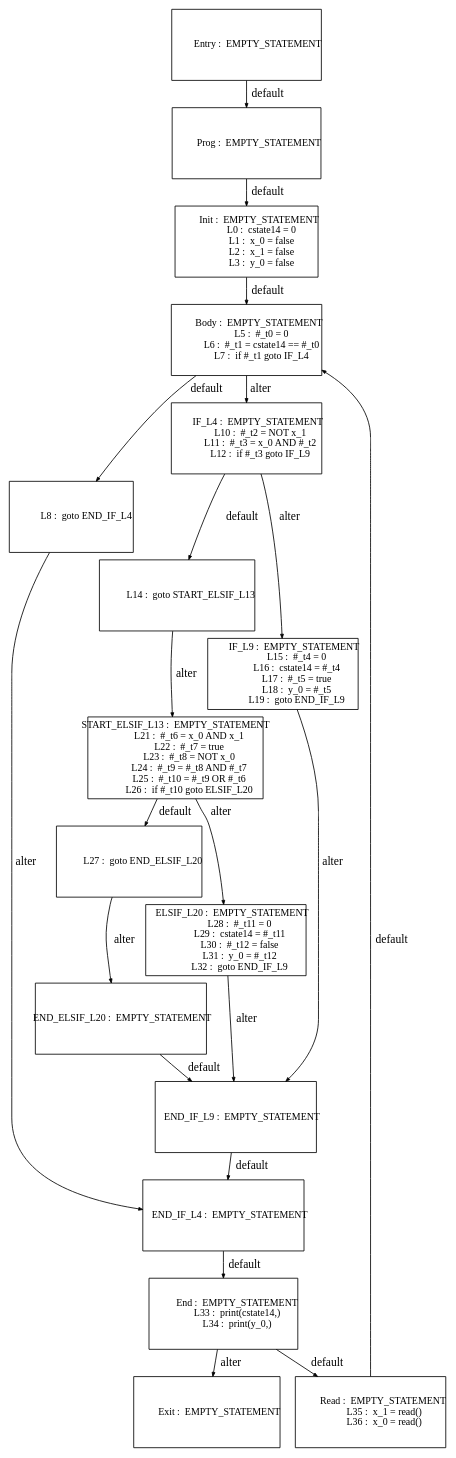
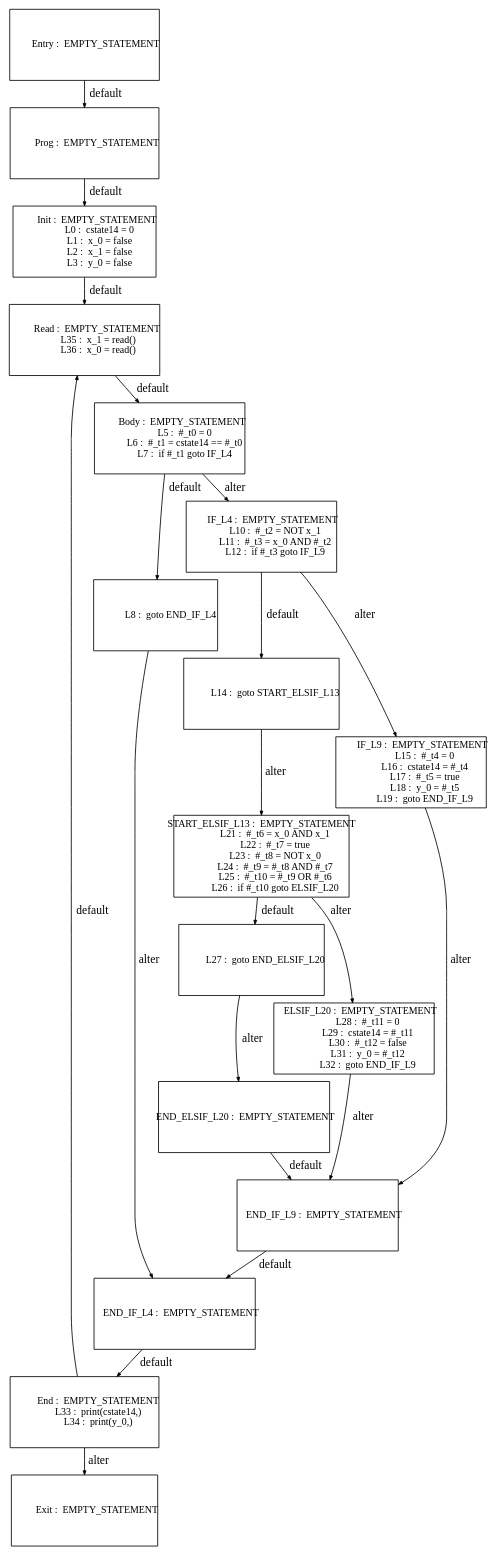
One commit to Geoffrey1014/ST_DSE changed the diagram in tests_programs/paper1_tests/FB_G4LTL1_output/Graph_CSE_0.dot. Above: the diagram before and after it, drawn with Graphviz. The commit also changed 36 other files, not shown here.

```diff
--- a/tests_programs/paper1_tests/FB_G4LTL1_output/Graph_CSE_0.dot
+++ b/tests_programs/paper1_tests/FB_G4LTL1_output/Graph_CSE_0.dot
@@ -1,191 +1,190 @@
 digraph G {
   ranksep=.25;
   edge [arrowsize=.5]
   node [shape=rectangle, fontname="ArialNarrow",
         fontsize=12,  height=1.2];
   "           Prog :  EMPTY_STATEMENT
 "; "           Init :  EMPTY_STATEMENT
              L0 :  cstate14 = 0
              L1 :  x_0 = false
              L2 :  x_1 = false
              L3 :  y_0 = false
 "; "           Body :  EMPTY_STATEMENT
              L5 :  #_t0 = 0
              L6 :  #_t1 = cstate14 == #_t0
              L7 :  if #_t1 goto IF_L4
 "; "             L8 :  goto END_IF_L4
 "; "          IF_L4 :  EMPTY_STATEMENT
             L10 :  #_t2 = NOT x_1
             L11 :  #_t3 = x_0 AND #_t2
             L12 :  if #_t3 goto IF_L9
 "; "            L14 :  goto START_ELSIF_L13
 "; "          IF_L9 :  EMPTY_STATEMENT
             L15 :  #_t4 = 0
             L16 :  cstate14 = #_t4
             L17 :  #_t5 = true
             L18 :  y_0 = #_t5
             L19 :  goto END_IF_L9
 "; "START_ELSIF_L13 :  EMPTY_STATEMENT
             L21 :  #_t6 = x_0 AND x_1
             L22 :  #_t7 = true
             L23 :  #_t8 = NOT x_0
             L24 :  #_t9 = #_t8 AND #_t7
             L25 :  #_t10 = #_t9 OR #_t6
             L26 :  if #_t10 goto ELSIF_L20
 "; "            L27 :  goto END_ELSIF_L20
 "; "      ELSIF_L20 :  EMPTY_STATEMENT
             L28 :  #_t11 = 0
             L29 :  cstate14 = #_t11
             L30 :  #_t12 = false
             L31 :  y_0 = #_t12
             L32 :  goto END_IF_L9
 "; "  END_ELSIF_L20 :  EMPTY_STATEMENT
 "; "      END_IF_L9 :  EMPTY_STATEMENT
 "; "      END_IF_L4 :  EMPTY_STATEMENT
 "; "          Entry :  EMPTY_STATEMENT
 "; "            End :  EMPTY_STATEMENT
             L33 :  print(cstate14,)
             L34 :  print(y_0,)
 "; "           Exit :  EMPTY_STATEMENT
 "; "           Read :  EMPTY_STATEMENT
             L35 :  x_1 = read()
             L36 :  x_0 = read()
 "; 
   "           Prog :  EMPTY_STATEMENT
 " -> "           Init :  EMPTY_STATEMENT
              L0 :  cstate14 = 0
              L1 :  x_0 = false
              L2 :  x_1 = false
              L3 :  y_0 = false
 "  [label="default"];
   "           Init :  EMPTY_STATEMENT
              L0 :  cstate14 = 0
              L1 :  x_0 = false
              L2 :  x_1 = false
              L3 :  y_0 = false
-" -> "           Body :  EMPTY_STATEMENT
-             L5 :  #_t0 = 0
-             L6 :  #_t1 = cstate14 == #_t0
-             L7 :  if #_t1 goto IF_L4
+" -> "           Read :  EMPTY_STATEMENT
+            L35 :  x_1 = read()
+            L36 :  x_0 = read()
 "  [label="default"];
   "           Body :  EMPTY_STATEMENT
              L5 :  #_t0 = 0
              L6 :  #_t1 = cstate14 == #_t0
              L7 :  if #_t1 goto IF_L4
 " -> "             L8 :  goto END_IF_L4
 "  [label="default"];
   "           Body :  EMPTY_STATEMENT
              L5 :  #_t0 = 0
              L6 :  #_t1 = cstate14 == #_t0
              L7 :  if #_t1 goto IF_L4
 " -> "          IF_L4 :  EMPTY_STATEMENT
             L10 :  #_t2 = NOT x_1
             L11 :  #_t3 = x_0 AND #_t2
             L12 :  if #_t3 goto IF_L9
 "  [label="alter"];
   "             L8 :  goto END_IF_L4
 " -> "      END_IF_L4 :  EMPTY_STATEMENT
 "  [label="alter"];
   "          IF_L4 :  EMPTY_STATEMENT
             L10 :  #_t2 = NOT x_1
             L11 :  #_t3 = x_0 AND #_t2
             L12 :  if #_t3 goto IF_L9
 " -> "            L14 :  goto START_ELSIF_L13
 "  [label="default"];
   "          IF_L4 :  EMPTY_STATEMENT
             L10 :  #_t2 = NOT x_1
             L11 :  #_t3 = x_0 AND #_t2
             L12 :  if #_t3 goto IF_L9
 " -> "          IF_L9 :  EMPTY_STATEMENT
             L15 :  #_t4 = 0
             L16 :  cstate14 = #_t4
             L17 :  #_t5 = true
             L18 :  y_0 = #_t5
             L19 :  goto END_IF_L9
 "  [label="alter"];
   "            L14 :  goto START_ELSIF_L13
 " -> "START_ELSIF_L13 :  EMPTY_STATEMENT
             L21 :  #_t6 = x_0 AND x_1
             L22 :  #_t7 = true
             L23 :  #_t8 = NOT x_0
             L24 :  #_t9 = #_t8 AND #_t7
             L25 :  #_t10 = #_t9 OR #_t6
             L26 :  if #_t10 goto ELSIF_L20
 "  [label="alter"];
   "          IF_L9 :  EMPTY_STATEMENT
             L15 :  #_t4 = 0
             L16 :  cstate14 = #_t4
             L17 :  #_t5 = true
             L18 :  y_0 = #_t5
             L19 :  goto END_IF_L9
 " -> "      END_IF_L9 :  EMPTY_STATEMENT
 "  [label="alter"];
   "START_ELSIF_L13 :  EMPTY_STATEMENT
             L21 :  #_t6 = x_0 AND x_1
             L22 :  #_t7 = true
             L23 :  #_t8 = NOT x_0
             L24 :  #_t9 = #_t8 AND #_t7
             L25 :  #_t10 = #_t9 OR #_t6
             L26 :  if #_t10 goto ELSIF_L20
 " -> "            L27 :  goto END_ELSIF_L20
 "  [label="default"];
   "START_ELSIF_L13 :  EMPTY_STATEMENT
             L21 :  #_t6 = x_0 AND x_1
             L22 :  #_t7 = true
             L23 :  #_t8 = NOT x_0
             L24 :  #_t9 = #_t8 AND #_t7
             L25 :  #_t10 = #_t9 OR #_t6
             L26 :  if #_t10 goto ELSIF_L20
 " -> "      ELSIF_L20 :  EMPTY_STATEMENT
             L28 :  #_t11 = 0
             L29 :  cstate14 = #_t11
             L30 :  #_t12 = false
             L31 :  y_0 = #_t12
             L32 :  goto END_IF_L9
 "  [label="alter"];
   "            L27 :  goto END_ELSIF_L20
 " -> "  END_ELSIF_L20 :  EMPTY_STATEMENT
 "  [label="alter"];
   "      ELSIF_L20 :  EMPTY_STATEMENT
             L28 :  #_t11 = 0
             L29 :  cstate14 = #_t11
             L30 :  #_t12 = false
             L31 :  y_0 = #_t12
             L32 :  goto END_IF_L9
 " -> "      END_IF_L9 :  EMPTY_STATEMENT
 "  [label="alter"];
   "  END_ELSIF_L20 :  EMPTY_STATEMENT
 " -> "      END_IF_L9 :  EMPTY_STATEMENT
 "  [label="default"];
   "      END_IF_L9 :  EMPTY_STATEMENT
 " -> "      END_IF_L4 :  EMPTY_STATEMENT
 "  [label="default"];
   "      END_IF_L4 :  EMPTY_STATEMENT
 " -> "            End :  EMPTY_STATEMENT
             L33 :  print(cstate14,)
             L34 :  print(y_0,)
 "  [label="default"];
   "          Entry :  EMPTY_STATEMENT
 " -> "           Prog :  EMPTY_STATEMENT
 "  [label="default"];
   "            End :  EMPTY_STATEMENT
             L33 :  print(cstate14,)
             L34 :  print(y_0,)
 " -> "           Read :  EMPTY_STATEMENT
             L35 :  x_1 = read()
             L36 :  x_0 = read()
 "  [label="default"];
   "            End :  EMPTY_STATEMENT
             L33 :  print(cstate14,)
             L34 :  print(y_0,)
 " -> "           Exit :  EMPTY_STATEMENT
 "  [label="alter"];
   "           Read :  EMPTY_STATEMENT
             L35 :  x_1 = read()
             L36 :  x_0 = read()
 " -> "           Body :  EMPTY_STATEMENT
              L5 :  #_t0 = 0
              L6 :  #_t1 = cstate14 == #_t0
              L7 :  if #_t1 goto IF_L4
 "  [label="default"];
 }
```
